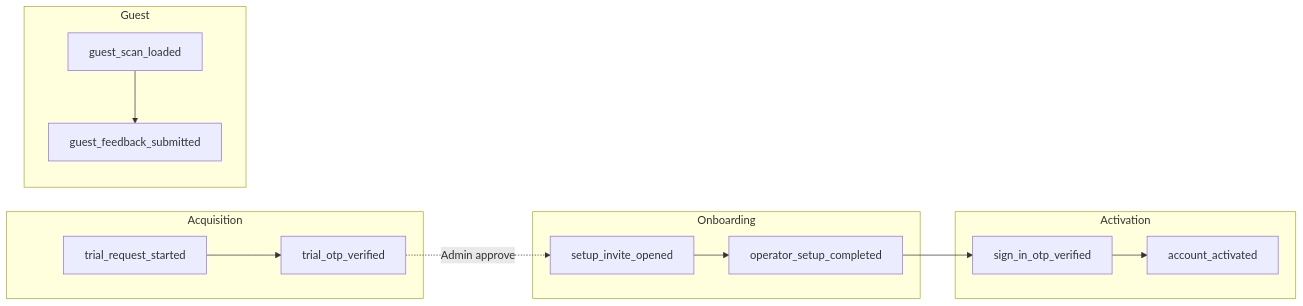
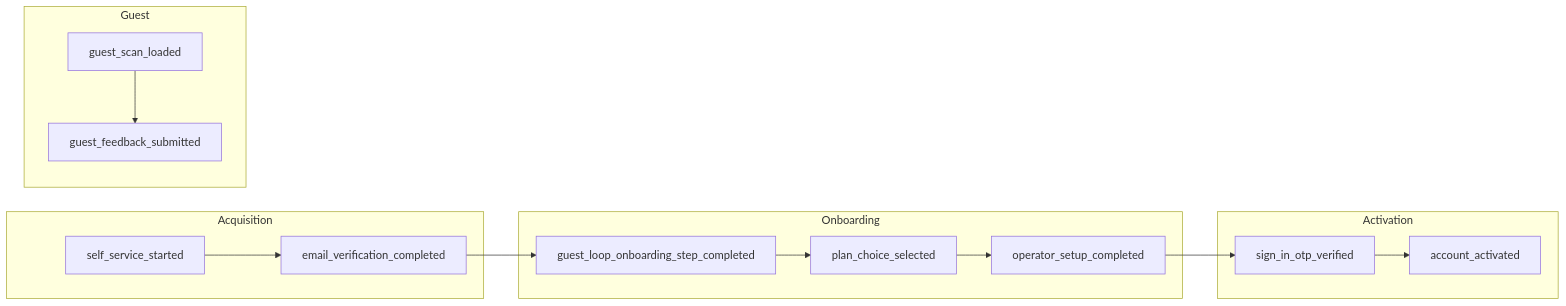
Before and after one commit to Tummly/Tummly: the diagram in docs/product/analytics.md, drawn with Mermaid. The commit also changed other lines of this file and 11 other files, not shown here.

First line of the commit message:
docs: update CONTEXT.md and related documentation for Self-service Pilot and demo/sales paths

````diff
--- a/docs/product/analytics.md
+++ b/docs/product/analytics.md
@@ -142,17 +152,18 @@
 ```mermaid
 flowchart LR
     subgraph Acquisition
-        A1[trial_request_started] --> A2[trial_otp_verified]
+        A1[self_service_started] --> A2[email_verification_completed]
     end
     subgraph Onboarding
-        B1[setup_invite_opened] --> B2[operator_setup_completed]
+        B1[guest_loop_onboarding_step_completed] --> B2[plan_choice_selected]
+        B2 --> B3[operator_setup_completed]
     end
     subgraph Activation
         C1[sign_in_otp_verified] --> C2[account_activated]
     end
     subgraph Guest
         D1[guest_scan_loaded] --> D2[guest_feedback_submitted]
     end
-    A2 -.->|Admin approve| B1
-    B2 --> C1
+    A2 --> B1
+    B3 --> C1
 ```
````
